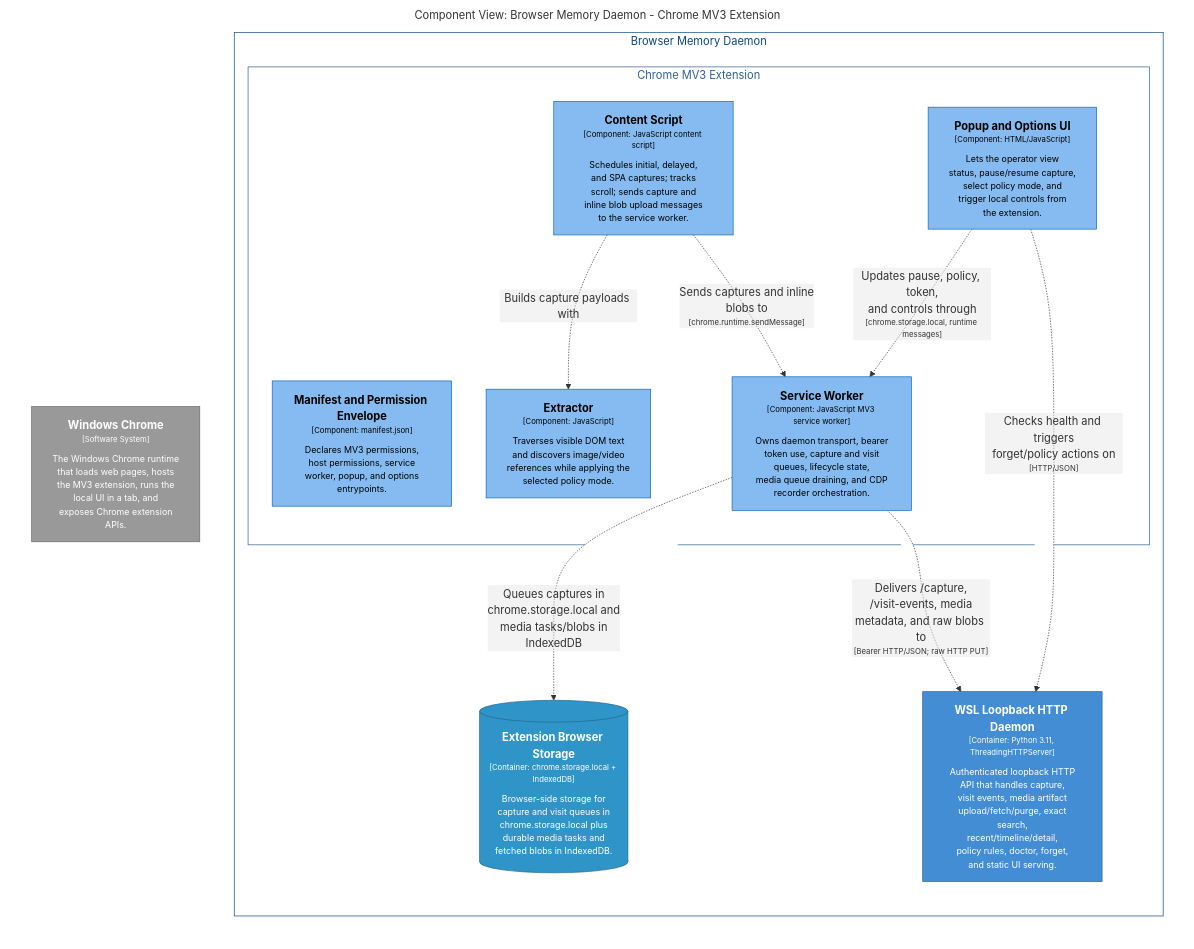
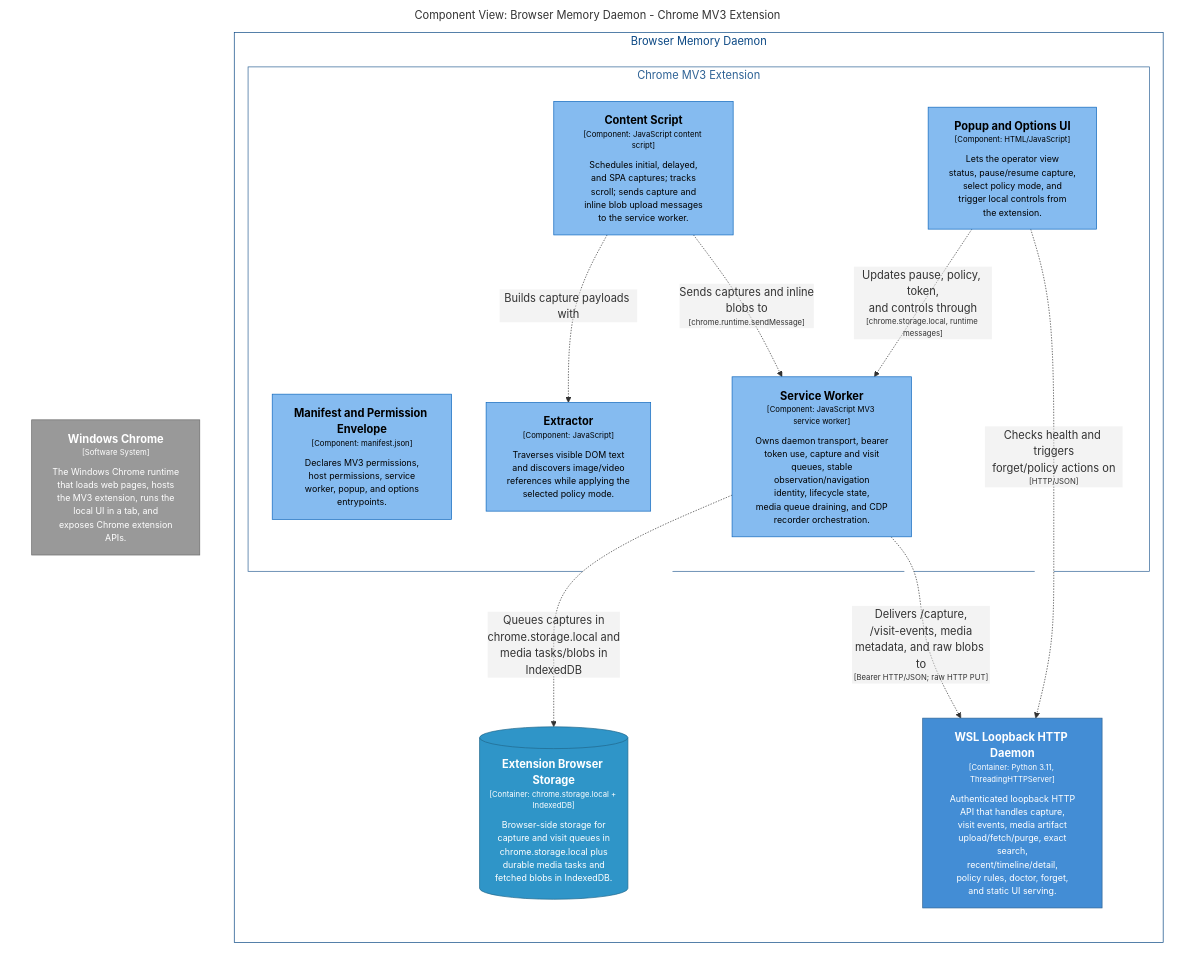
One commit to michaelnicks0/browser-memory-daemon changed the diagram in docs/architecture/diagrams/markdown/ExtensionCaptureComponents.md. Above: the diagram before and after it, drawn with Mermaid. The commit also changed 196 other files, not shown here.

````diff
--- a/docs/architecture/diagrams/markdown/ExtensionCaptureComponents.md
+++ b/docs/architecture/diagrams/markdown/ExtensionCaptureComponents.md
@@ -16,43 +16,43 @@
 ```mermaid
 graph LR
   linkStyle default fill:#ffffff
 
   subgraph diagram ["Component View: Browser Memory Daemon - Chrome MV3 Extension"]
     style diagram fill:#ffffff,stroke:#ffffff
 
     2["<div style='font-weight: bold'>Windows Chrome</div><div style='font-size: 70%; margin-top: 0px'>[Software System]</div><div style='font-size: 80%; margin-top:10px'>The Windows Chrome runtime<br />that loads web pages, hosts<br />the MV3 extension, runs the<br />local UI in a tab, and<br />exposes Chrome extension<br />APIs.</div>"]
     style 2 fill:#999999,stroke:#6b6b6b,color:#ffffff
 
     subgraph 4 ["Browser Memory Daemon"]
       style 4 fill:#ffffff,stroke:#0b4884,color:#0b4884
 
       subgraph 5 ["Chrome MV3 Extension"]
         style 5 fill:#ffffff,stroke:#2e6295,color:#2e6295
 
         12["<div style='font-weight: bold'>Popup and Options UI</div><div style='font-size: 70%; margin-top: 0px'>[Component: HTML/JavaScript]</div><div style='font-size: 80%; margin-top:10px'>Lets the operator view<br />status, pause/resume capture,<br />select policy mode, and<br />trigger local controls from<br />the extension.</div>"]
         style 12 fill:#85bbf0,stroke:#1168bd,color:#000000
         6["<div style='font-weight: bold'>Manifest and Permission Envelope</div><div style='font-size: 70%; margin-top: 0px'>[Component: manifest.json]</div><div style='font-size: 80%; margin-top:10px'>Declares MV3 permissions,<br />host permissions, service<br />worker, popup, and options<br />entrypoints.</div>"]
         style 6 fill:#85bbf0,stroke:#1168bd,color:#000000
         7["<div style='font-weight: bold'>Extractor</div><div style='font-size: 70%; margin-top: 0px'>[Component: JavaScript]</div><div style='font-size: 80%; margin-top:10px'>Traverses visible DOM text<br />and discovers image/video<br />references while applying the<br />selected policy mode.</div>"]
         style 7 fill:#85bbf0,stroke:#1168bd,color:#000000
         8["<div style='font-weight: bold'>Content Script</div><div style='font-size: 70%; margin-top: 0px'>[Component: JavaScript content script]</div><div style='font-size: 80%; margin-top:10px'>Schedules initial, delayed,<br />and SPA captures; tracks<br />scroll; sends capture and<br />inline blob upload messages<br />to the service worker.</div>"]
         style 8 fill:#85bbf0,stroke:#1168bd,color:#000000
-        9["<div style='font-weight: bold'>Service Worker</div><div style='font-size: 70%; margin-top: 0px'>[Component: JavaScript MV3 service worker]</div><div style='font-size: 80%; margin-top:10px'>Owns daemon transport, bearer<br />token use, capture and visit<br />queues, lifecycle state,<br />media queue draining, and CDP<br />recorder orchestration.</div>"]
+        9["<div style='font-weight: bold'>Service Worker</div><div style='font-size: 70%; margin-top: 0px'>[Component: JavaScript MV3 service worker]</div><div style='font-size: 80%; margin-top:10px'>Owns daemon transport, bearer<br />token use, capture and visit<br />queues, stable<br />observation/navigation<br />identity, lifecycle state,<br />media queue draining, and CDP<br />recorder orchestration.</div>"]
         style 9 fill:#85bbf0,stroke:#1168bd,color:#000000
       end
 
       13[("<div style='font-weight: bold'>Extension Browser Storage</div><div style='font-size: 70%; margin-top: 0px'>[Container: chrome.storage.local + IndexedDB]</div><div style='font-size: 80%; margin-top:10px'>Browser-side storage for<br />capture and visit queues in<br />chrome.storage.local plus<br />durable media tasks and<br />fetched blobs in IndexedDB.</div>")]
       style 13 fill:#2f95c8,stroke:#20688c,color:#ffffff
       14["<div style='font-weight: bold'>WSL Loopback HTTP Daemon</div><div style='font-size: 70%; margin-top: 0px'>[Container: Python 3.11, ThreadingHTTPServer]</div><div style='font-size: 80%; margin-top:10px'>Authenticated loopback HTTP<br />API that handles capture,<br />visit events, media artifact<br />upload/fetch/purge, exact<br />search,<br />recent/timeline/detail,<br />policy rules, doctor, forget,<br />and static UI serving.</div>"]
       style 14 fill:#438dd5,stroke:#2e6295,color:#ffffff
     end
 
     8-. "<div>Builds capture payloads with</div><div style='font-size: 70%'></div>" .->7
     8-. "<div>Sends captures and inline<br />blobs to</div><div style='font-size: 70%'>[chrome.runtime.sendMessage]</div>" .->9
     9-. "<div>Queues captures in<br />chrome.storage.local and<br />media tasks/blobs in<br />IndexedDB</div><div style='font-size: 70%'></div>" .->13
     9-. "<div>Delivers /capture,<br />/visit-events, media<br />metadata, and raw blobs to</div><div style='font-size: 70%'>[Bearer HTTP/JSON; raw HTTP PUT]</div>" .->14
     12-. "<div>Updates pause, policy, token,<br />and controls through</div><div style='font-size: 70%'>[chrome.storage.local, runtime messages]</div>" .->9
     12-. "<div>Checks health and triggers<br />forget/policy actions on</div><div style='font-size: 70%'>[HTTP/JSON]</div>" .->14
 
   end
 ```
````
